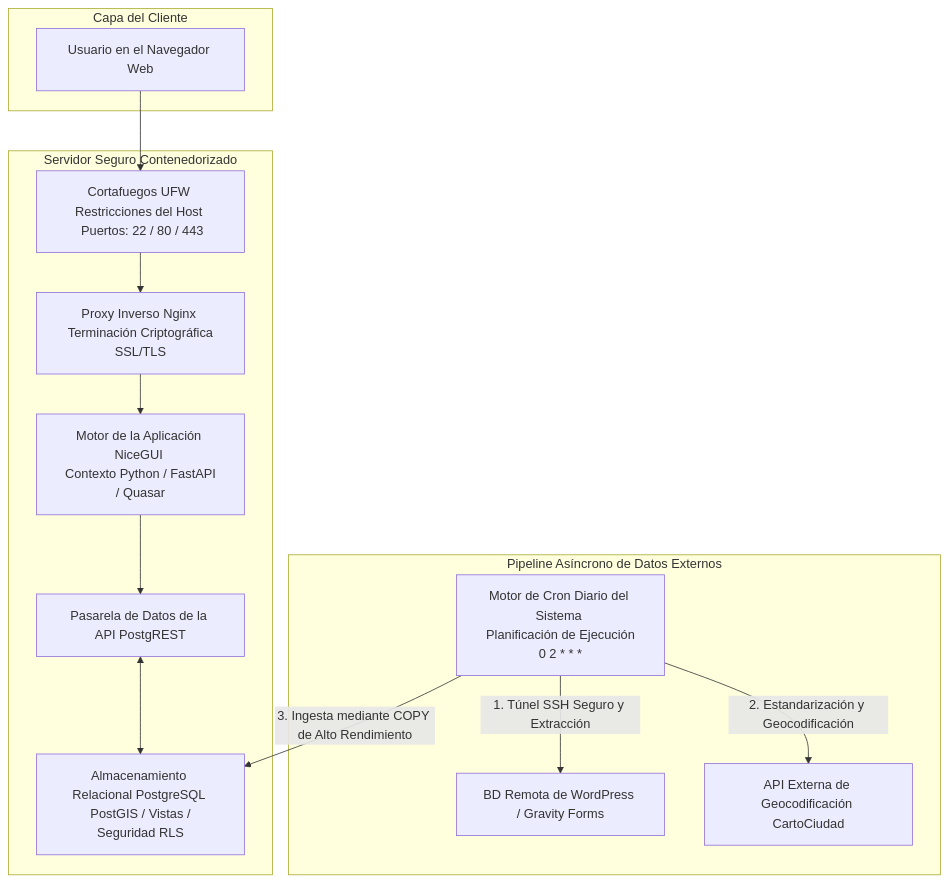
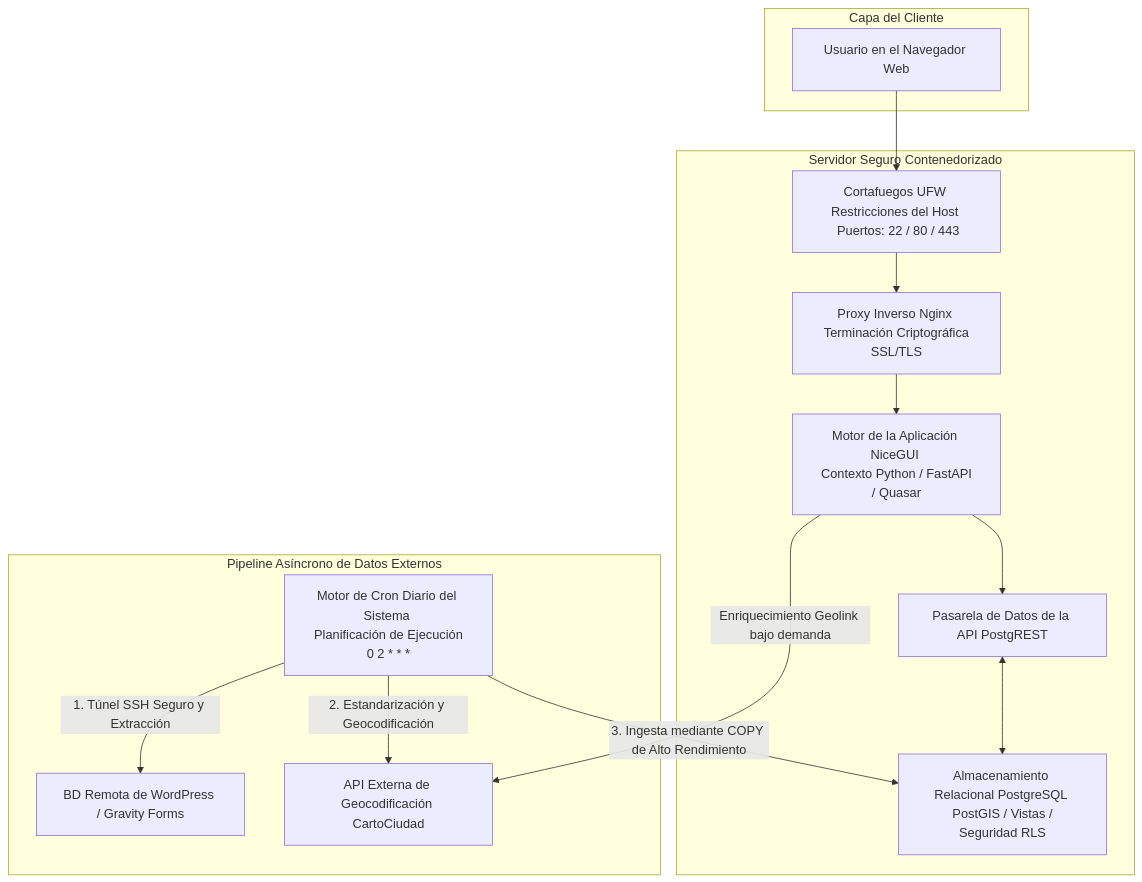
One commit to maiktreya/tenantsUnion changed the diagram in readme.md. Above: the diagram before and after it, drawn with Mermaid. The commit also changed other lines of this file and 1 other file, not shown here.

````diff
--- a/readme.md
+++ b/readme.md
@@ -13,30 +13,31 @@
 ```mermaid
 graph TD
     subgraph "Capa del Cliente"
         A[Usuario en el Navegador Web]
     end
 
     subgraph "Servidor Seguro Contenedorizado"
         B[Cortafuegos UFW Restricciones del Host <br> Puertos: 22 / 80 / 443]
         C[Proxy Inverso Nginx <br> Terminación Criptográfica SSL/TLS]
         D[Motor de la Aplicación NiceGUI <br> Contexto Python / FastAPI / Quasar]
         E[Pasarela de Datos de la API PostgREST]
         F[Almacenamiento Relacional PostgreSQL <br> PostGIS / Vistas / Seguridad RLS]
     end
 
     subgraph "Pipeline Asíncrono de Datos Externos"
         G[Motor de Cron Diario del Sistema <br> Planificación de Ejecución 0 2 * * *]
         H[BD Remota de WordPress / Gravity Forms]
         I[API Externa de Geocodificación CartoCiudad]
     end
 
     A --> B
     B --> C
     C --> D
     D --> E
     E <--> F
+    D -->|Enriquecimiento Geolink bajo demanda| I
     G -->|1. Túnel SSH Seguro y Extracción| H
     G -->|2. Estandarización y Geocodificación| I
     G -->|3. Ingesta mediante COPY de Alto Rendimiento| F
 
 ```
````
